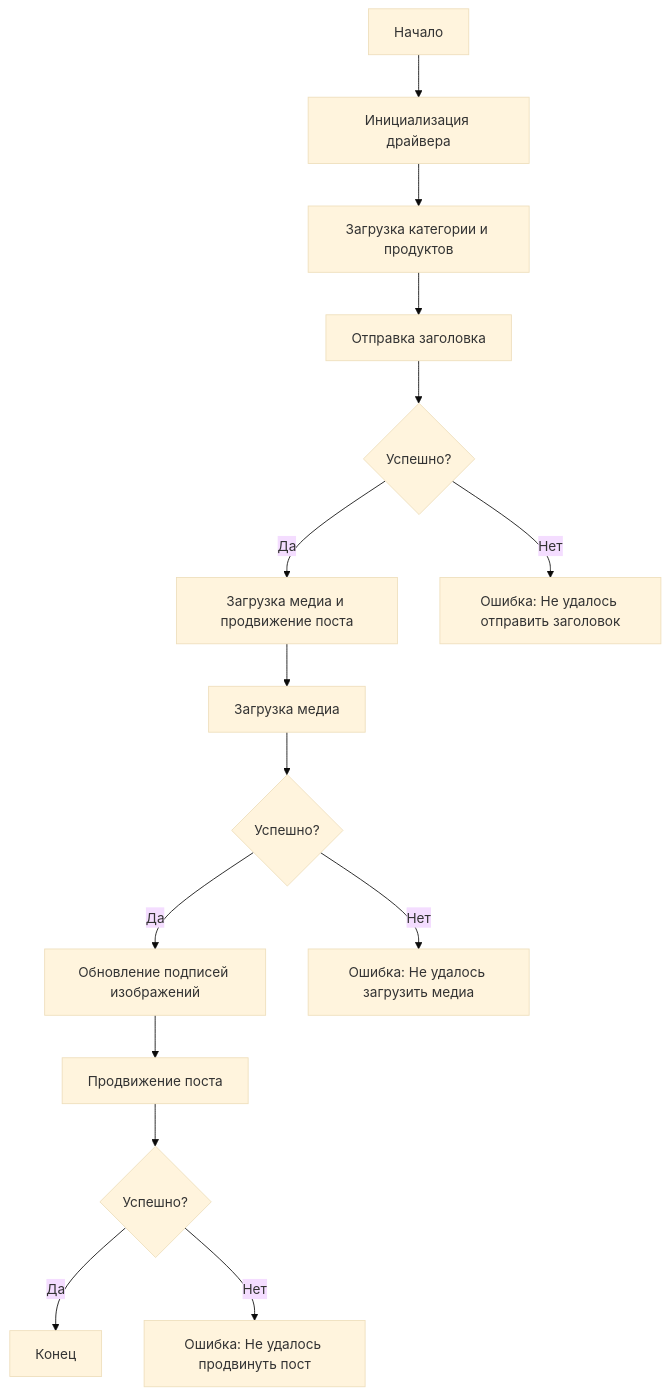
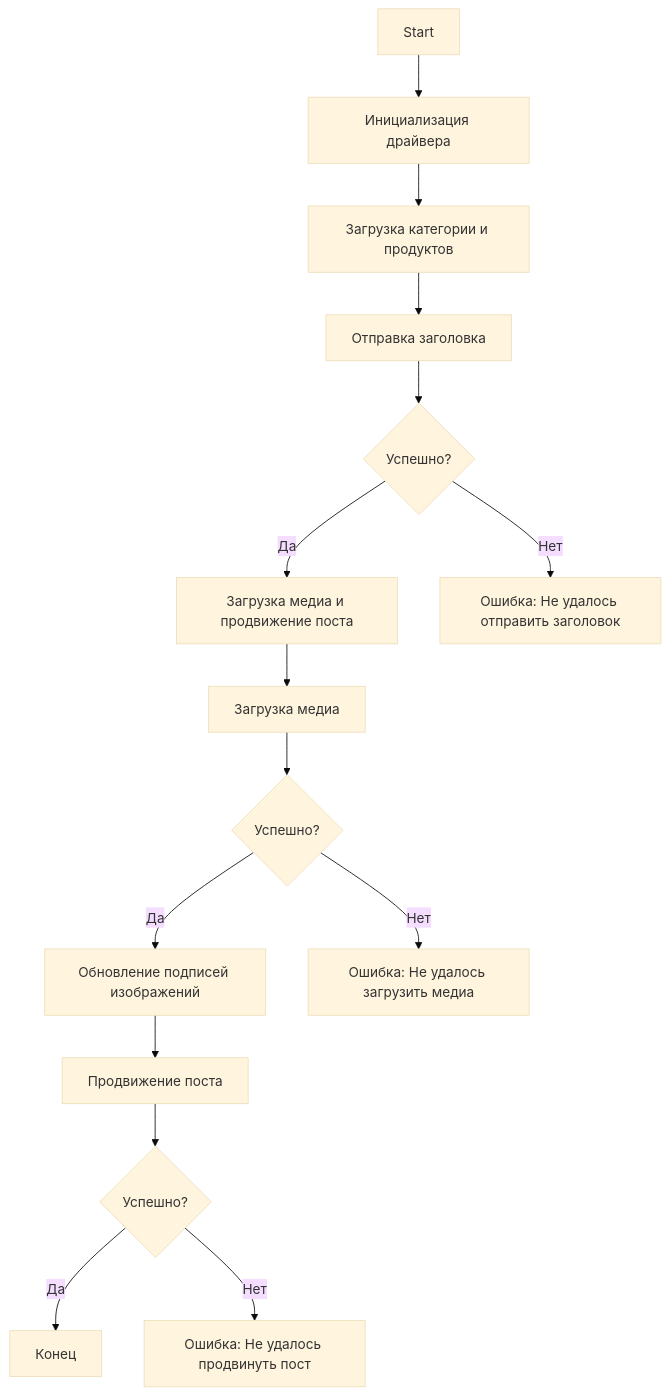
One commit to hypo69/hypo changed the diagram in docs/gemini/ru/doc/src/endpoints/advertisement/facebook/scenarios/post_message_async.md. Above: the diagram before and after it, drawn with Mermaid (base theme). The commit also changed other lines of this file and 551 other files, not shown here.

````diff
--- a/docs/gemini/ru/doc/src/endpoints/advertisement/facebook/scenarios/post_message_async.md
+++ b/docs/gemini/ru/doc/src/endpoints/advertisement/facebook/scenarios/post_message_async.md
@@ -13,17 +15,17 @@
 ```mermaid
 graph TD
-    Start[Начало] --> InitDriver[Инициализация драйвера]
+    Start[Start] --> InitDriver[Инициализация драйвера]
     InitDriver --> LoadCategoryAndProducts[Загрузка категории и продуктов]
     LoadCategoryAndProducts --> SendTitle[Отправка заголовка]
     SendTitle --> CheckTitleSuccess{Успешно?}
     CheckTitleSuccess -->|Да| UploadMediaAndPromotePost[Загрузка медиа и продвижение поста]
     CheckTitleSuccess -->|Нет| TitleError[Ошибка: Не удалось отправить заголовок]
     UploadMediaAndPromotePost --> UploadMedia[Загрузка медиа]
     UploadMedia --> CheckMediaSuccess{Успешно?}
     CheckMediaSuccess -->|Да| UpdateCaptions[Обновление подписей изображений]
     CheckMediaSuccess -->|Нет| MediaError[Ошибка: Не удалось загрузить медиа]
     UpdateCaptions --> PromotePost[Продвижение поста]
     PromotePost --> CheckPromoteSuccess{Успешно?}
     CheckPromoteSuccess -->|Да| End[Конец]
     CheckPromoteSuccess -->|Нет| PromoteError[Ошибка: Не удалось продвинуть пост]
 ```
````
